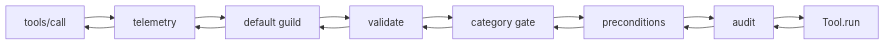
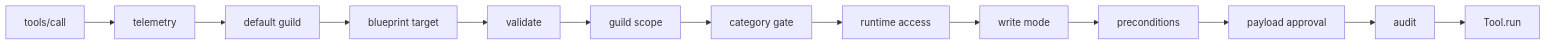
The diagram in site/src/content/docs/architecture/middleware-chain.mdx (cappyeo/discord-mcp), drawn with Mermaid before and after one commit. The commit also changed other lines of this file and 155 other files, not shown here.

````diff
--- a/site/src/content/docs/architecture/middleware-chain.mdx
+++ b/site/src/content/docs/architecture/middleware-chain.mdx
@@ -16,17 +16,15 @@
 ```mermaid
 graph LR
   A[tools/call] --> B[telemetry]
   B --> C[default guild]
-  C --> D[validate]
-  D --> E[category gate]
-  E --> F[preconditions]
-  F --> G[audit]
-  G --> H[Tool.run]
-  H --> G
-  G --> F
-  F --> E
-  E --> D
-  D --> C
-  C --> B
-  B --> A
+  C --> D[blueprint target]
+  D --> E[validate]
+  E --> F[guild scope]
+  F --> G[category gate]
+  G --> H[runtime access]
+  H --> I[write mode]
+  I --> J[preconditions]
+  J --> K[payload approval]
+  K --> L[audit]
+  L --> M[Tool.run]
 ```
````
